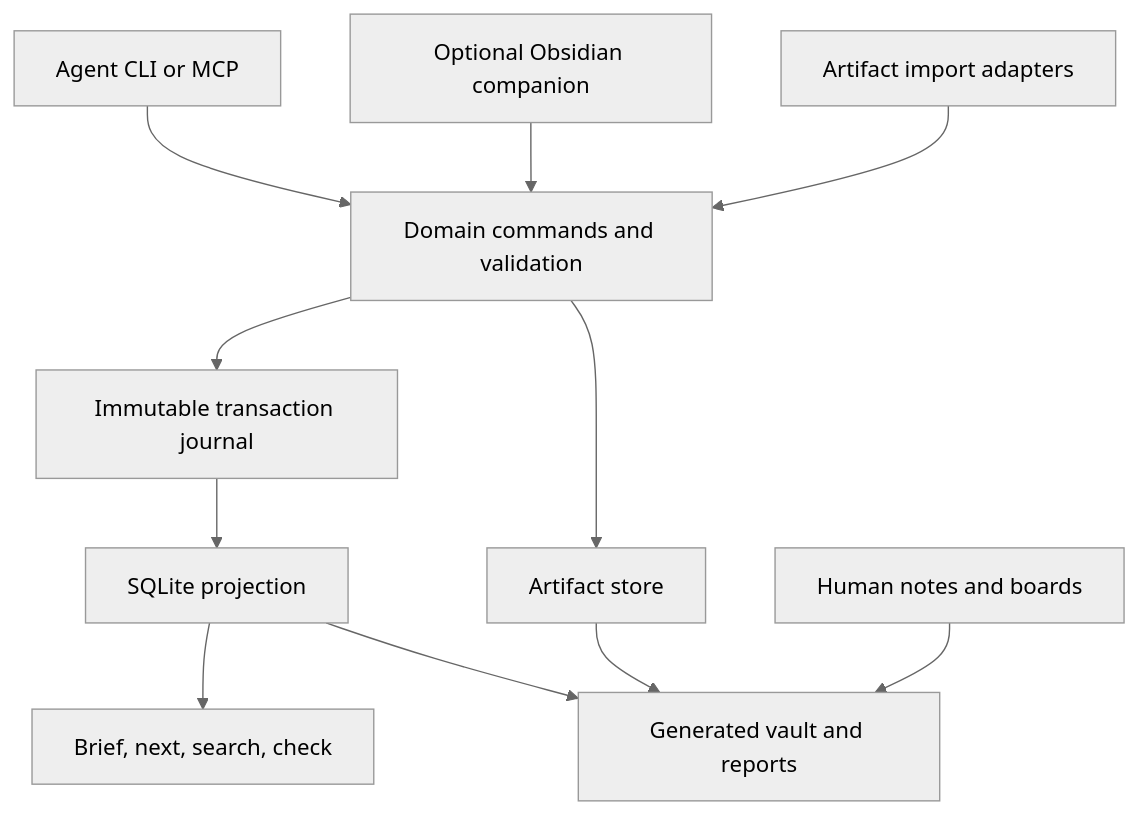
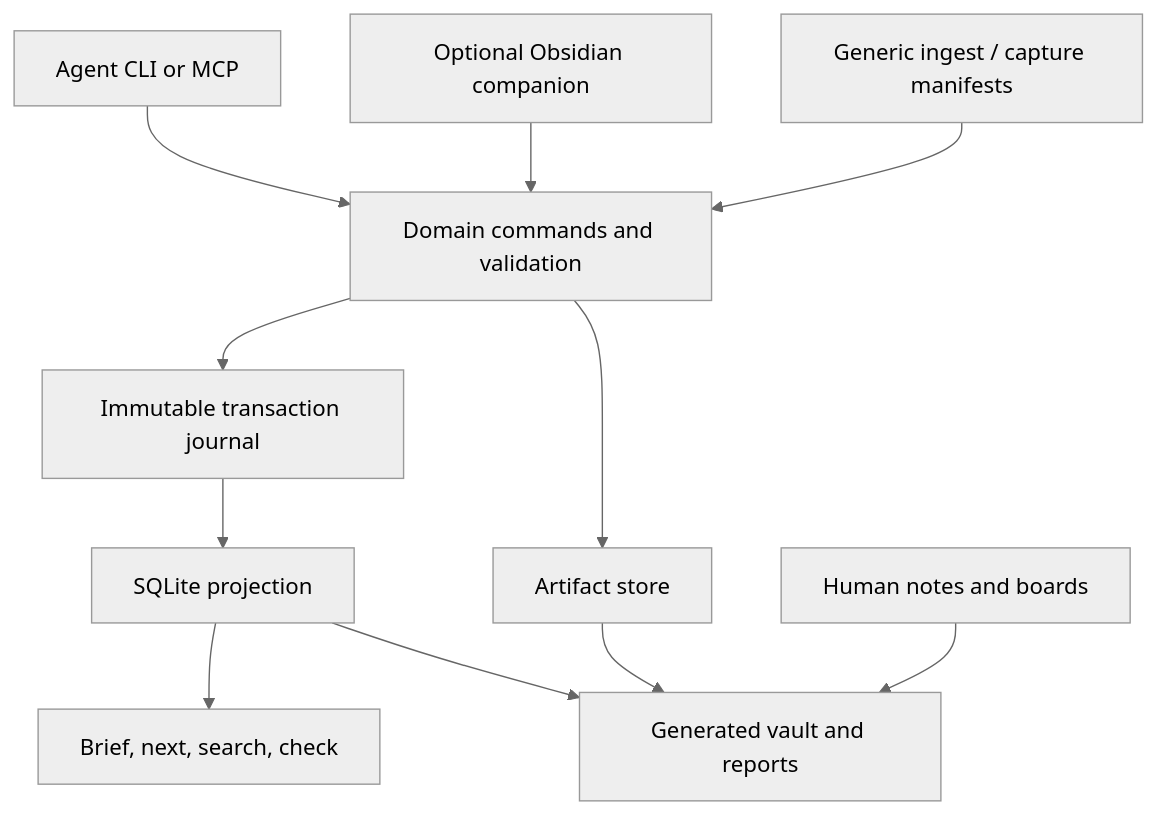
One commit to bobisme/investigation changed the second of 3 diagrams in notes/plan.md. Above: the diagram before and after it, drawn with Mermaid (neutral theme). The commit also changed other lines of this file and 2 other files, not shown here.

````diff
--- a/notes/plan.md
+++ b/notes/plan.md
@@ -263,13 +274,13 @@
 ```mermaid
 flowchart TD
     A["Agent CLI or MCP"] --> C["Domain commands and validation"]
     P["Optional Obsidian companion"] --> C
-    I["Artifact import adapters"] --> C
+    I["Generic ingest / capture manifests"] --> C
     C --> E["Immutable transaction journal"]
     C --> B["Artifact store"]
     E --> S["SQLite projection"]
     S --> Q["Brief, next, search, check"]
     S --> V["Generated vault and reports"]
     B --> V
     H["Human notes and boards"] --> V
 ```
````
